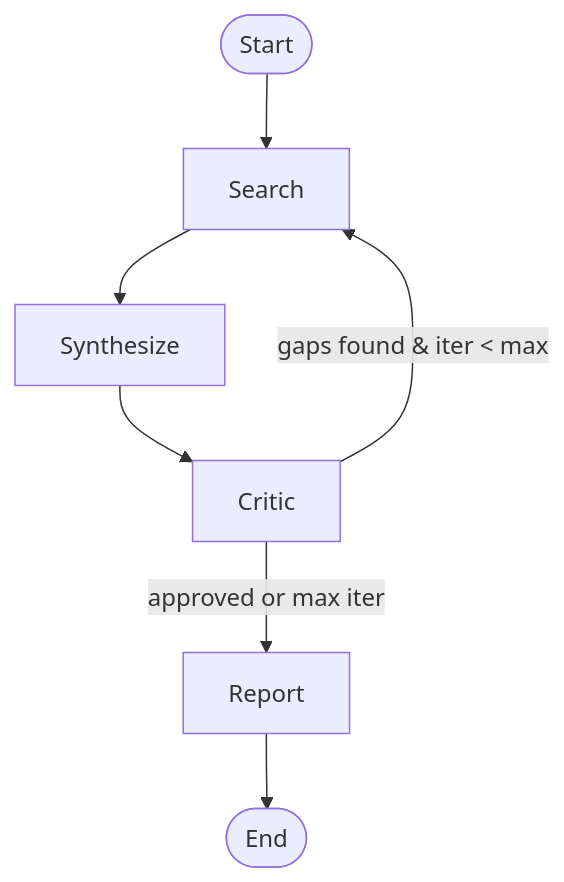
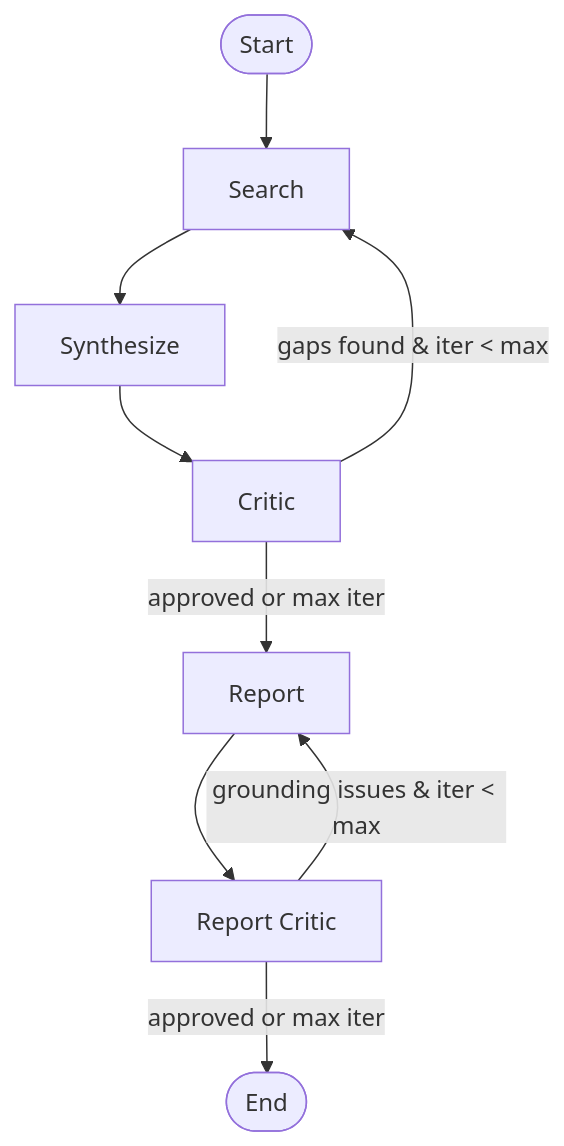
The diagram in README.md (neuroces/lit_review_agent), drawn with Mermaid before and after one commit. The commit also changed other lines of this file and 7 other files, not shown here.

Commit message:
added report critic node

````diff
--- a/README.md
+++ b/README.md
@@ -43,9 +44,11 @@
 ```mermaid
 graph TD
     START([Start]) --> Search
     Search --> Synthesize
     Synthesize --> Critic
     Critic -->|gaps found & iter < max| Search
     Critic -->|approved or max iter| Report
-    Report --> END([End])
+    Report --> ReportCritic[Report Critic]
+    ReportCritic -->|grounding issues & iter < max| Report
+    ReportCritic -->|approved or max iter| END([End])
 ```
````
